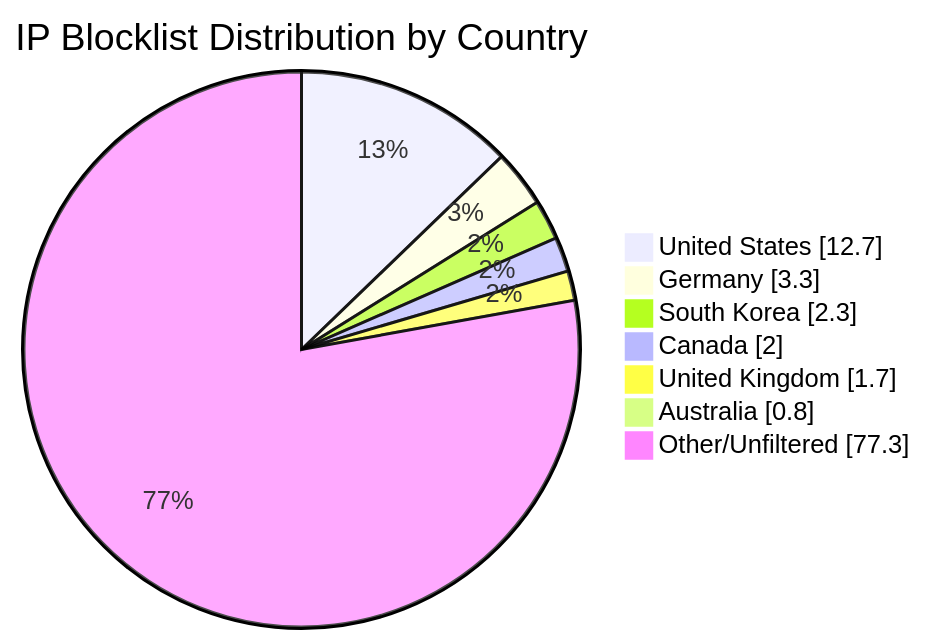
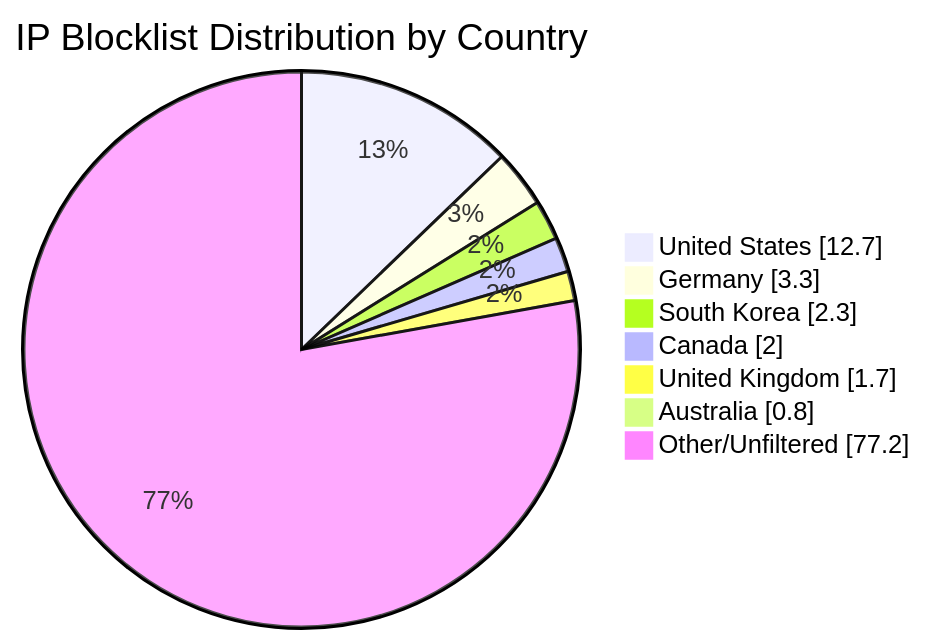
One commit to MarcusHoltz/ipblocklist-geofiltered-aggregator changed the diagram in README.md. Above: the diagram before and after it, drawn with Mermaid. The commit also changed other lines of this file and 9 other files, not shown here.

````diff
--- a/README.md
+++ b/README.md
@@ -34,10 +34,10 @@
 ```mermaid
 pie showData title IP Blocklist Distribution by Country
 "United States" : 12.7
 "Germany" : 3.3
 "South Korea" : 2.3
 "Canada" : 2.0
 "United Kingdom" : 1.7
 "Australia" : 0.8
-"Other/Unfiltered" : 77.3
+"Other/Unfiltered" : 77.2
 ```
````
